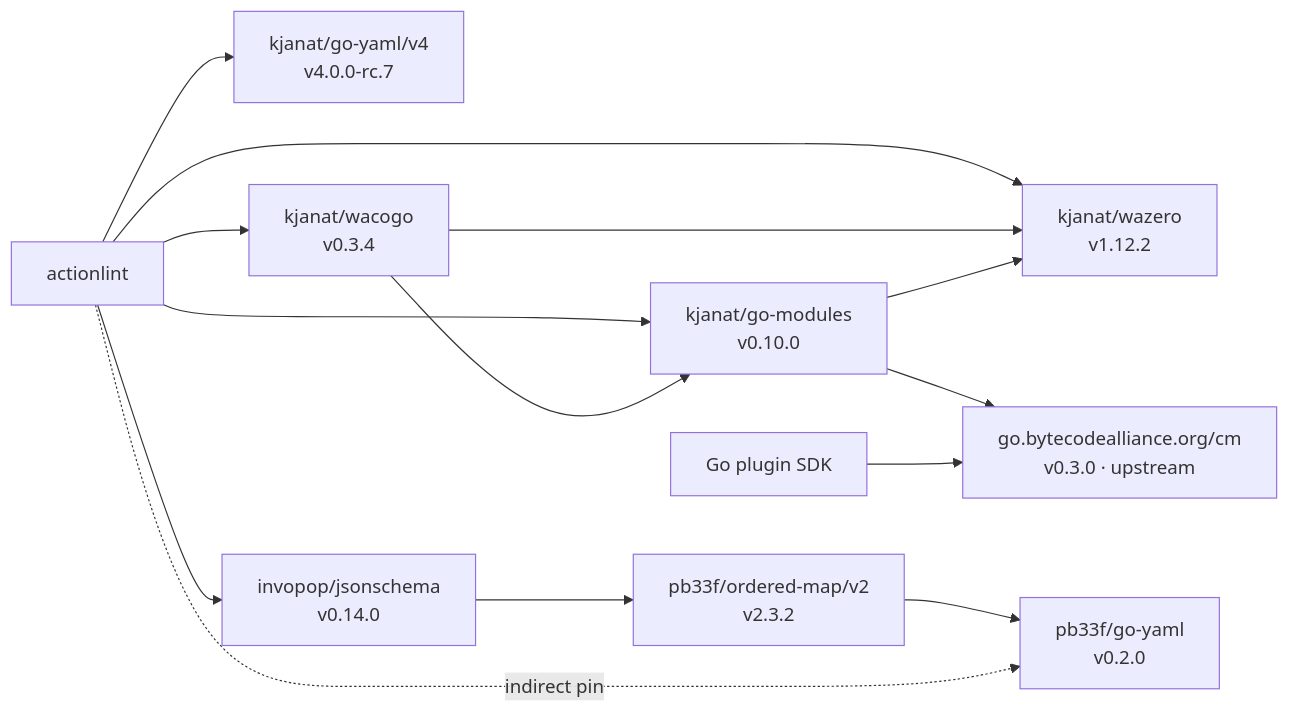
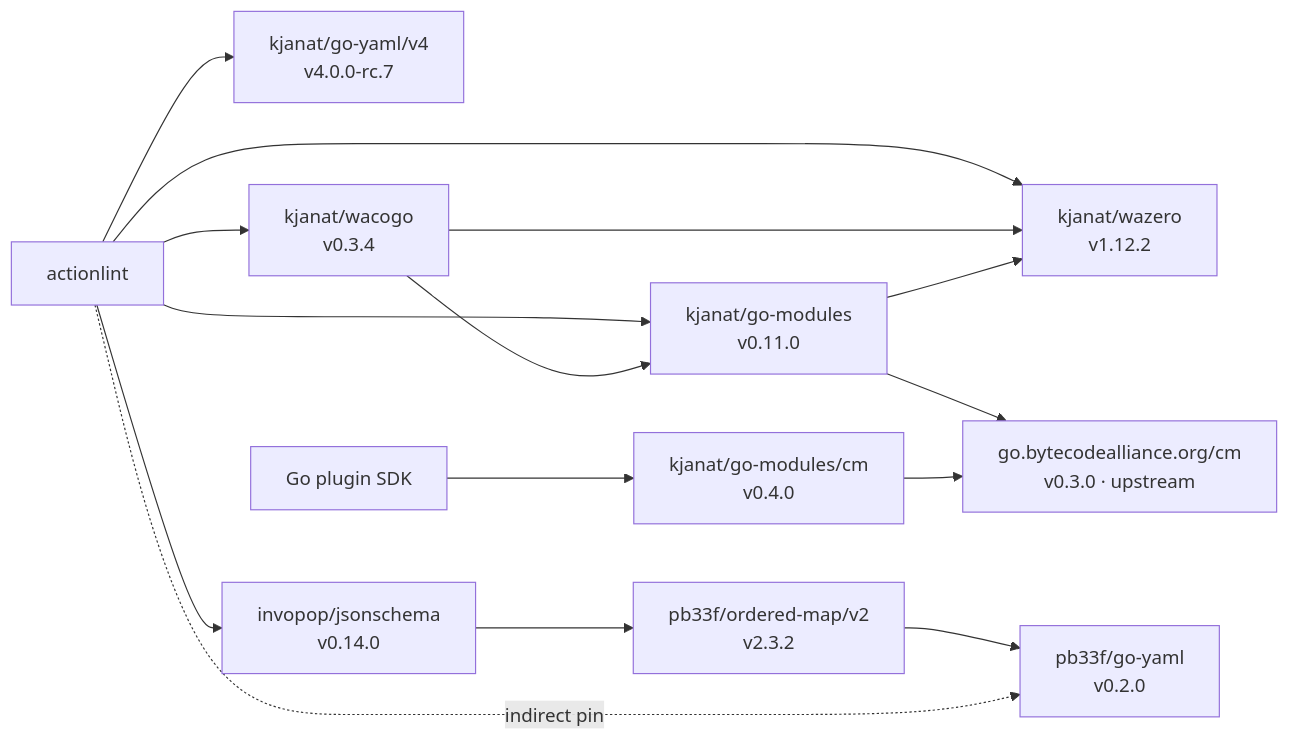
The diagram in docs/go-forks.md (kjanat/actionlint), drawn with Mermaid before and after one commit. The commit also changed 29 other files, not shown here.

````diff
--- a/docs/go-forks.md
+++ b/docs/go-forks.md
@@ -5,24 +5,25 @@
 ```mermaid
 flowchart LR
     %% renovate: depName=github.com/kjanat/go-yaml/v4
     A[actionlint] --> Y["kjanat/go-yaml/v4<br/>v4.0.0-rc.7"]
     %% renovate: depName=github.com/kjanat/wacogo
     A --> W["kjanat/wacogo<br/>v0.3.4"]
     %% renovate: depName=github.com/kjanat/wazero
     A --> Z["kjanat/wazero<br/>v1.12.2"]
     %% renovate: depName=github.com/kjanat/go-modules
-    A --> G["kjanat/go-modules<br/>v0.10.0"]
+    A --> G["kjanat/go-modules<br/>v0.11.0"]
     W --> G
     W --> Z
     G --> Z
-    %% renovate: depName=go.bytecodealliance.org/cm
-    G --> CM["go.bytecodealliance.org/cm<br/>v0.3.0 · upstream"]
-    E[Go plugin SDK] --> CM
+    %% renovate: depName=github.com/kjanat/go-modules/cm
+    E[Go plugin SDK] --> CM["kjanat/go-modules/cm<br/>v0.4.0"]
+    G --> U["go.bytecodealliance.org/cm<br/>v0.3.0 · upstream"]
+    CM --> U
     %% renovate: depName=github.com/invopop/jsonschema
     A --> J["invopop/jsonschema<br/>v0.14.0"]
     %% renovate: depName=github.com/pb33f/ordered-map/v2
     J --> O["pb33f/ordered-map/v2<br/>v2.3.2"]
     %% renovate: depName=github.com/pb33f/go-yaml
     O --> P["pb33f/go-yaml<br/>v0.2.0"]
     A -. indirect pin .-> P
 ```
````
